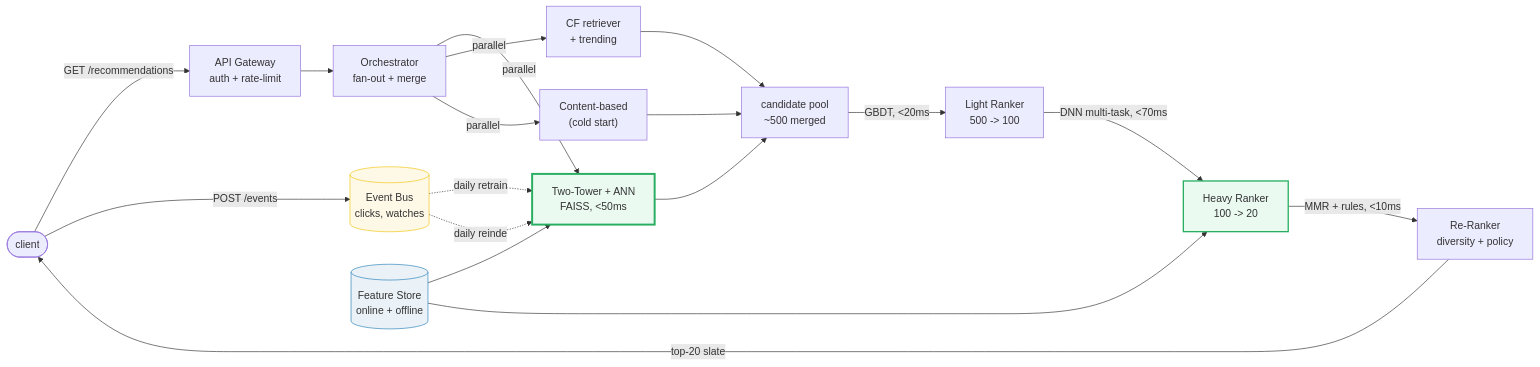
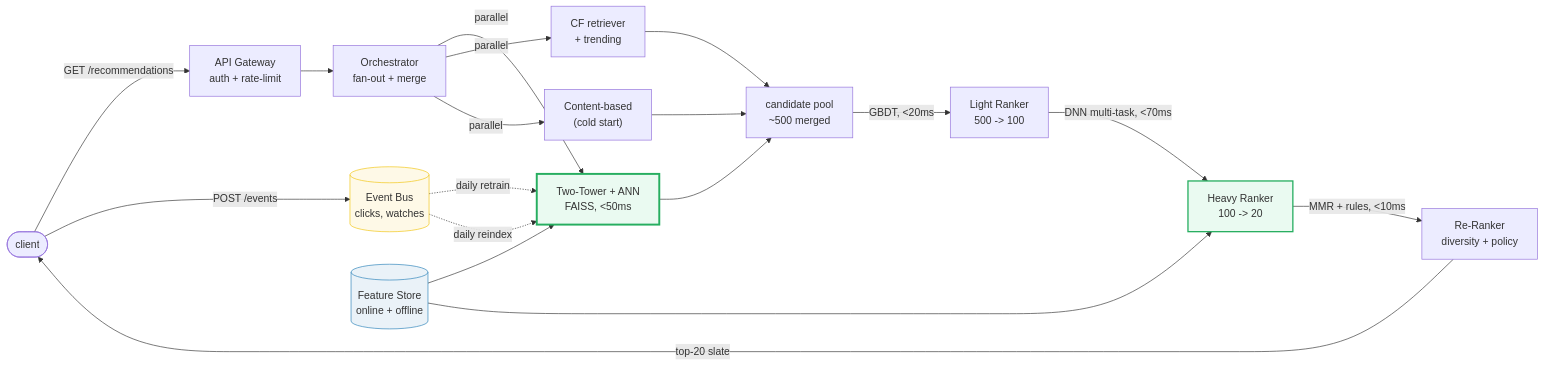
One commit to quanhua92/tutorials changed the first of 2 diagrams in systemdesign/RECOMMENDER_SYSTEM.md. Above: the diagram before and after it, drawn with Mermaid. The commit also changed other lines of this file and 74 other files, not shown here.

First line of the commit message:
fix(mermaid): fix all 11 mmdc-verified broken diagrams across 72 files

````diff
--- a/systemdesign/RECOMMENDER_SYSTEM.md
+++ b/systemdesign/RECOMMENDER_SYSTEM.md
@@ -28,24 +28,24 @@
 ```mermaid
 graph LR
     C(["client"]) -->|GET /recommendations| AGW["API Gateway<br/>auth + rate-limit"]
     AGW --> ORC["Orchestrator<br/>fan-out + merge"]
     ORC -->|parallel| TT["Two-Tower + ANN<br/>FAISS, <50ms"]
     ORC -->|parallel| CF["CF retriever<br/>+ trending"]
     ORC -->|parallel| CB["Content-based<br/>(cold start)"]
     TT --> CAND["candidate pool<br/>~500 merged"]
     CF --> CAND
     CB --> CAND
     CAND -->|GBDT, <20ms| LR["Light Ranker<br/>500 -> 100"]
     LR -->|DNN multi-task, <70ms| HR["Heavy Ranker<br/>100 -> 20"]
     HR -->|MMR + rules, <10ms| RR["Re-Ranker<br/>diversity + policy"]
     RR -->|top-20 slate| C
     C -->|POST /events| EV[("Event Bus<br/>clicks, watches")]
-    EV -.daily retrain.-> TT
-    EV -.daily reindex.-> TT
+    EV -.->|daily retrain| TT
+    EV -.->|daily reindex| TT
     FS[("Feature Store<br/>online + offline")] --> TT
     FS --> HR
     style TT fill:#eafaf1,stroke:#27ae60,stroke-width:3px
     style HR fill:#eafaf1,stroke:#27ae60,stroke-width:2px
     style EV fill:#fef9e7,stroke:#f1c40f
     style FS fill:#eaf2f8,stroke:#2980b9
 ```
````
